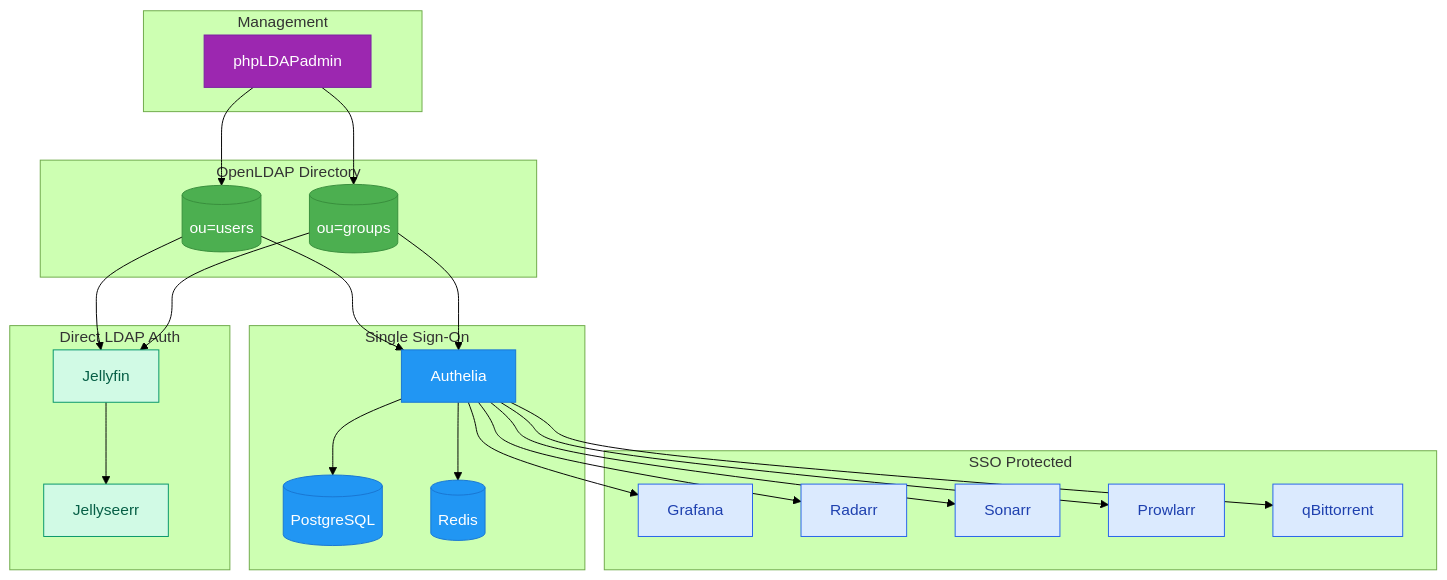
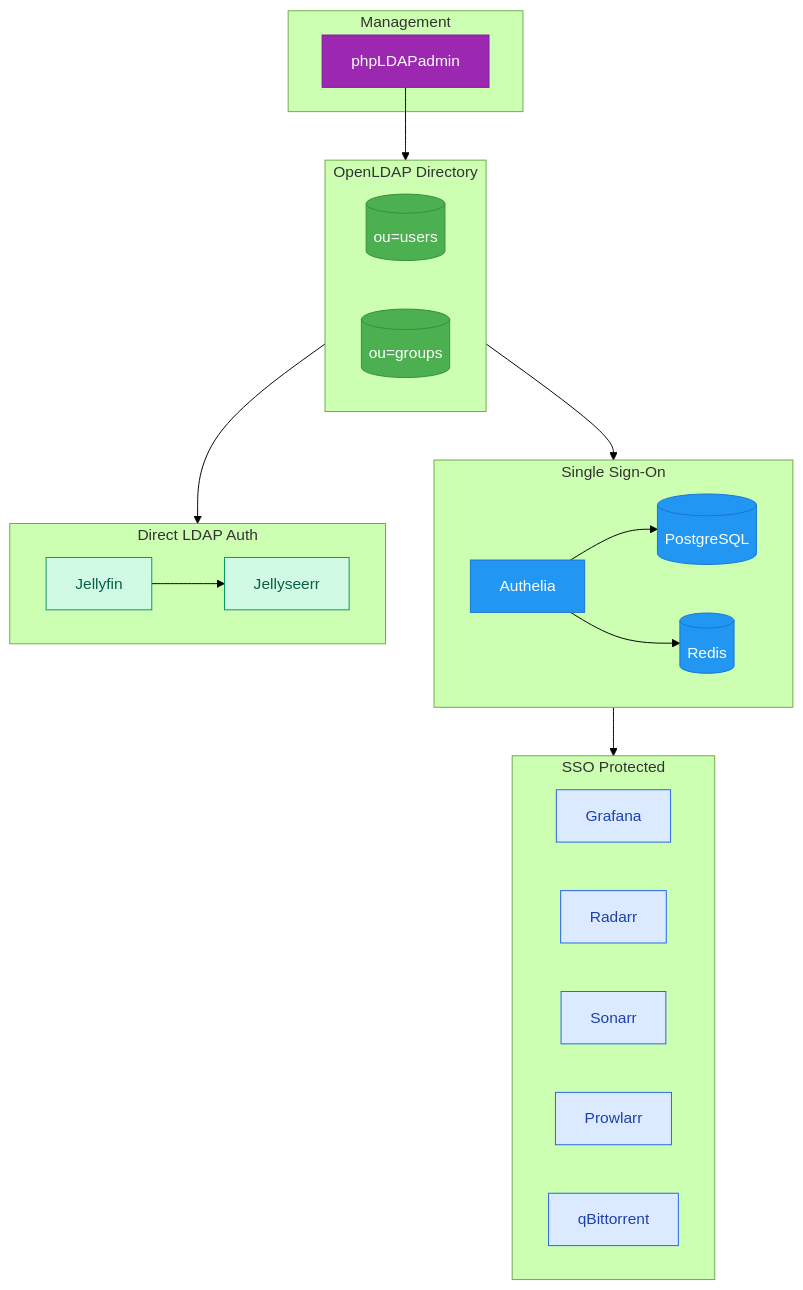
Before and after one commit to Mykyta-Home-Server/homeserver: the first of 4 diagrams in docs-site/src/content/docs/guides/ldap.mdx, drawn with Mermaid (forest theme). The commit also changed other lines of this file and 2 other files, not shown here.

Commit message:
Refine Mermaid diagrams: compact layouts and remove labels
- Media Automation Flow: Stream now under Process in two-row layout
- Authentication Flow: Removed numbered step labels from arrows
- Docker Network: Caddy connects to subgraphs, compact proxy/monitoring
- LDAP Auth Architecture: Simplified Authelia connections
- LDAP Directory/Auth Flow: Removed edge labels
- Monitoring Log Flow: Removed edge labels

🤖 Generated with [Claude Code](https://claude.com/claude-code)

````diff
--- a/docs-site/src/content/docs/guides/ldap.mdx
+++ b/docs-site/src/content/docs/guides/ldap.mdx
@@ -12,57 +12,54 @@
 ```mermaid
 flowchart TB
     subgraph Management
         phpLDAP[phpLDAPadmin]
     end
 
     subgraph LDAP[OpenLDAP Directory]
+        direction LR
         Users[(ou=users)]
         Groups[(ou=groups)]
     end
 
     subgraph SSO[Single Sign-On]
+        direction LR
         Authelia[Authelia]
         PG[(PostgreSQL)]
         Redis[(Redis)]
     end
 
     subgraph Direct[Direct LDAP Auth]
+        direction LR
         Jellyfin[Jellyfin]
         Jellyseerr[Jellyseerr]
     end
 
     subgraph Protected[SSO Protected]
+        direction LR
         Grafana[Grafana]
         Radarr[Radarr]
         Sonarr[Sonarr]
         Prowlarr[Prowlarr]
         qBit[qBittorrent]
     end
 
-    phpLDAP --> Users
-    phpLDAP --> Groups
-    Users --> Authelia
-    Groups --> Authelia
+    phpLDAP --> LDAP
+    LDAP --> Authelia
     Authelia --> PG
     Authelia --> Redis
-    Users --> Jellyfin
-    Groups --> Jellyfin
+    LDAP --> Jellyfin
     Jellyfin --> Jellyseerr
-    Authelia --> Grafana
-    Authelia --> Radarr
-    Authelia --> Sonarr
-    Authelia --> Prowlarr
-    Authelia --> qBit
+    Authelia --> Protected
 
     classDef mgmt fill:#9c27b0,stroke:#7b1fa2,color:#fff
     classDef ldap fill:#4caf50,stroke:#388e3c,color:#fff
     classDef sso fill:#2196f3,stroke:#1976d2,color:#fff
     classDef direct fill:#d1fae5,stroke:#059669,color:#065f46
     classDef protected fill:#dbeafe,stroke:#2563eb,color:#1e40af
 
     class phpLDAP mgmt
     class Users,Groups ldap
     class Authelia,PG,Redis sso
     class Jellyfin,Jellyseerr direct
     class Grafana,Radarr,Sonarr,Prowlarr,qBit protected
 ```
````
